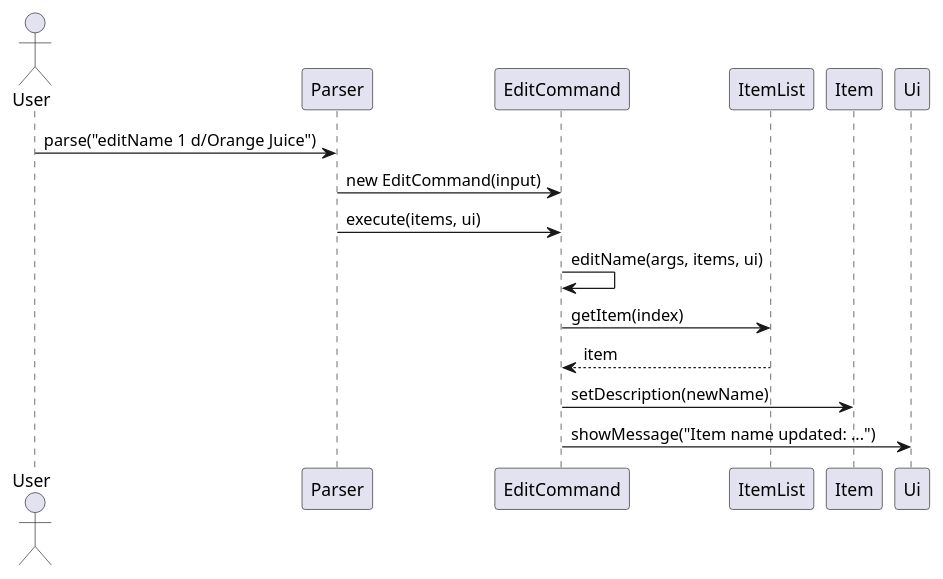
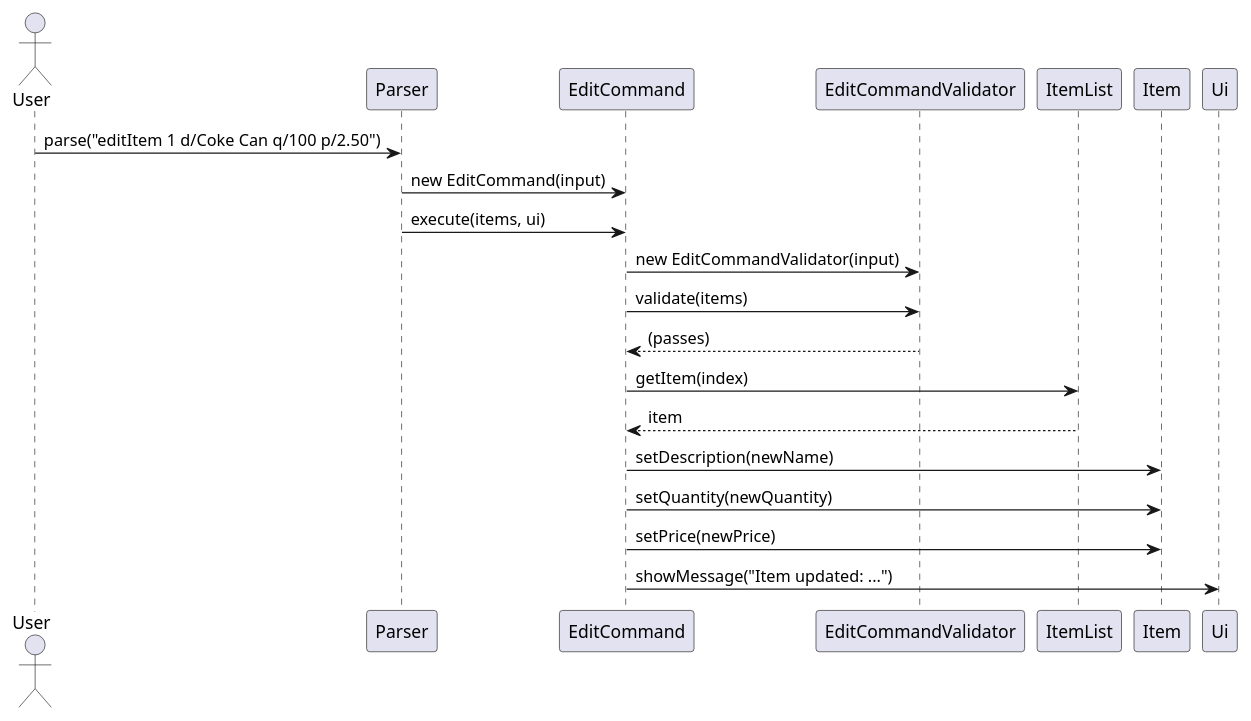
One commit to adbsw/tp changed the diagram in docs/DeveloperGuide.md. Above: the diagram before and after it, drawn with PlantUML. The commit also changed other lines of this file and 10 other files, not shown here.

````diff
--- a/docs/DeveloperGuide.md
+++ b/docs/DeveloperGuide.md
@@ -160,19 +160,25 @@
 ```puml
 @startuml
 actor User
 participant "Parser" as P
 participant "EditCommand" as EC
+participant "EditCommandValidator" as ECV
 participant "ItemList" as IL
 participant "Item" as I
 participant "Ui" as UI
 
-User -> P : parse("editName 1 d/Orange Juice")
+User -> P : parse("editItem 1 d/Coke Can q/100 p/2.50")
 P -> EC : new EditCommand(input)
 P -> EC : execute(items, ui)
-EC -> EC : editName(args, items, ui)
+EC -> ECV : new EditCommandValidator(input)
+EC -> ECV : validate(items)
+ECV --> EC : (passes)
 EC -> IL : getItem(index)
 IL --> EC : item
 EC -> I : setDescription(newName)
-EC -> UI : showMessage("Item name updated: ...")
+EC -> I : setQuantity(newQuantity)
+EC -> I : setPrice(newPrice)
+EC -> UI : showMessage("Item updated: ...")
 @enduml
+` `` 
 ```
````
